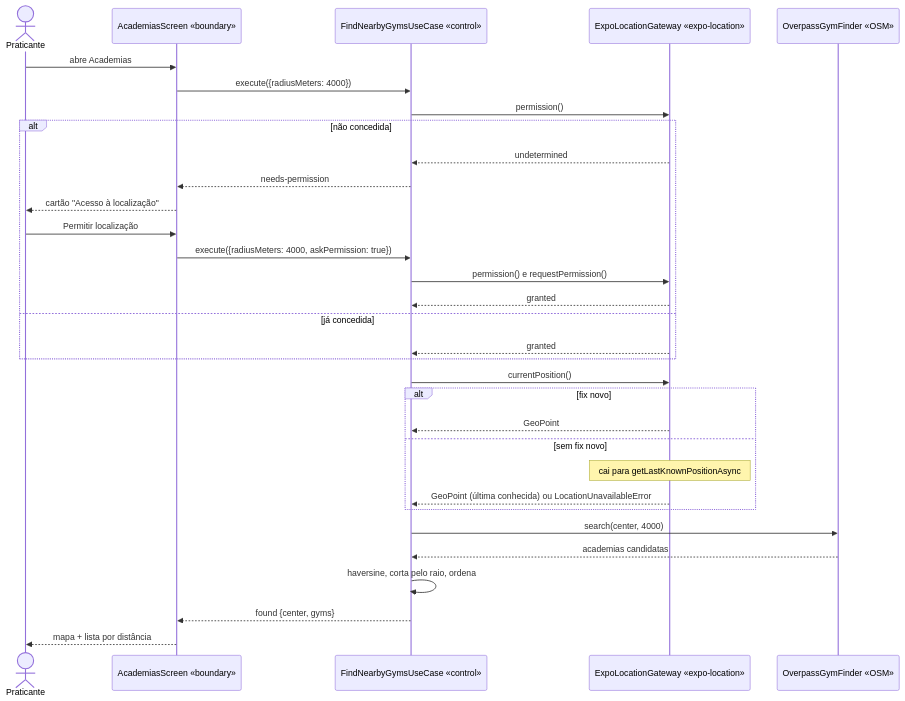
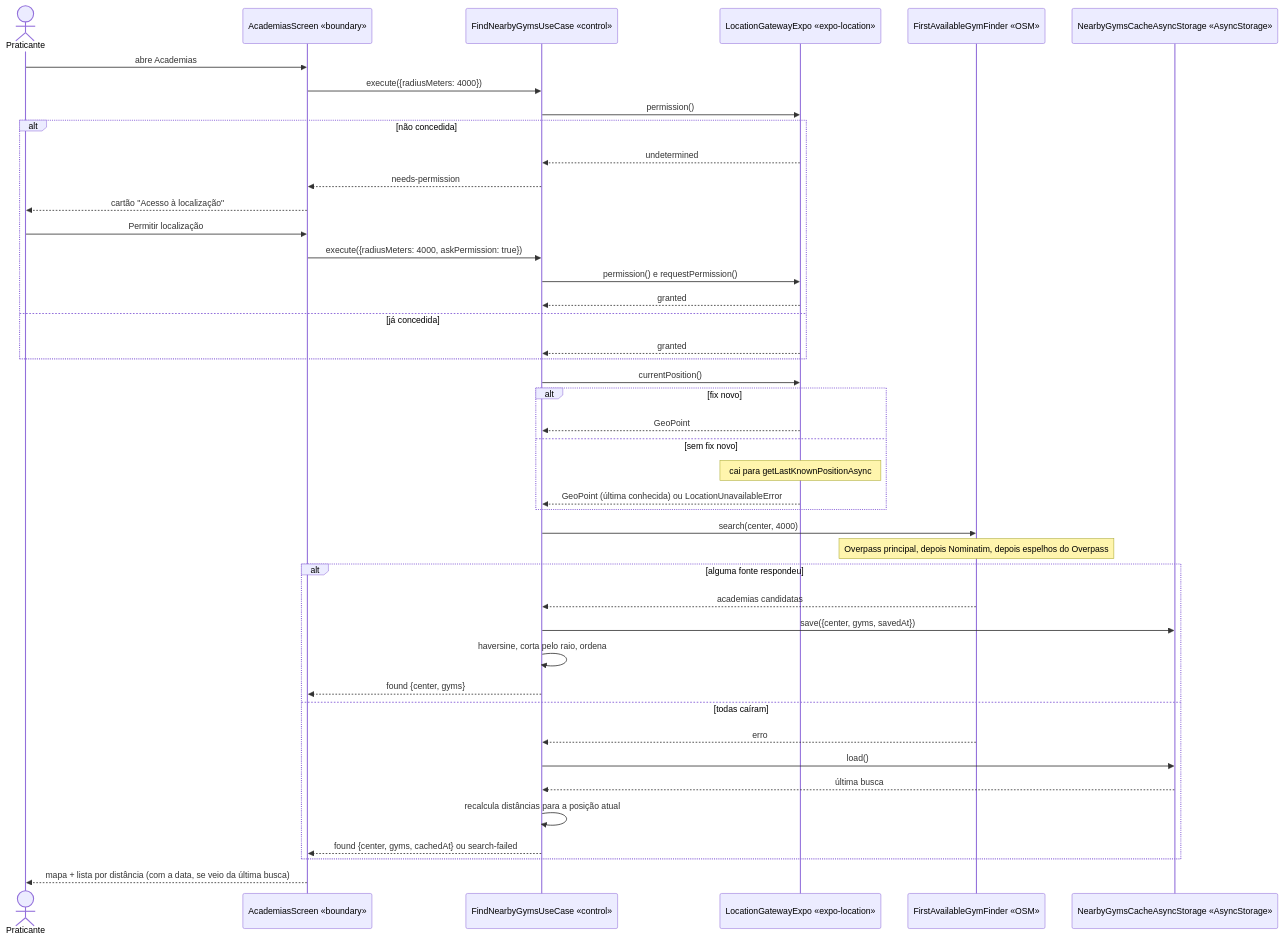
Before and after one commit to Pexiss-18/PX-Gym: the fourth of 8 diagrams in docs/07-sequencia.md, drawn with Mermaid. The commit also changed other lines of this file and 20 other files, not shown here.

First line of the commit message:
Documentação atualizada para o estado atual do app

````diff
--- a/docs/07-sequencia.md
+++ b/docs/07-sequencia.md
@@ -135,35 +156,46 @@
 ```mermaid
 sequenceDiagram
     actor P as Praticante
     participant B as AcademiasScreen «boundary»
     participant C as FindNearbyGymsUseCase «control»
-    participant Loc as ExpoLocationGateway «expo-location»
-    participant F as OverpassGymFinder «OSM»
+    participant Loc as LocationGatewayExpo «expo-location»
+    participant F as FirstAvailableGymFinder «OSM»
+    participant K as NearbyGymsCacheAsyncStorage «AsyncStorage»
 
     P ->> B: abre Academias
     B ->> C: execute({radiusMeters: 4000})
     C ->> Loc: permission()
     alt não concedida
         Loc -->> C: undetermined
         C -->> B: needs-permission
         B -->> P: cartão "Acesso à localização"
         P ->> B: Permitir localização
         B ->> C: execute({radiusMeters: 4000, askPermission: true})
         C ->> Loc: permission() e requestPermission()
         Loc -->> C: granted
     else já concedida
         Loc -->> C: granted
     end
     C ->> Loc: currentPosition()
     alt fix novo
         Loc -->> C: GeoPoint
     else sem fix novo
         Note over Loc: cai para getLastKnownPositionAsync
         Loc -->> C: GeoPoint (última conhecida) ou LocationUnavailableError
     end
     C ->> F: search(center, 4000)
-    F -->> C: academias candidatas
-    C ->> C: haversine, corta pelo raio, ordena
-    C -->> B: found {center, gyms}
-    B -->> P: mapa + lista por distância
+    Note over F: Overpass principal, depois Nominatim, depois espelhos do Overpass
+    alt alguma fonte respondeu
+        F -->> C: academias candidatas
+        C ->> K: save({center, gyms, savedAt})
+        C ->> C: haversine, corta pelo raio, ordena
+        C -->> B: found {center, gyms}
+    else todas caíram
+        F -->> C: erro
+        C ->> K: load()
+        K -->> C: última busca
+        C ->> C: recalcula distâncias para a posição atual
+        C -->> B: found {center, gyms, cachedAt} ou search-failed
+    end
+    B -->> P: mapa + lista por distância (com a data, se veio da última busca)
 ```
````
